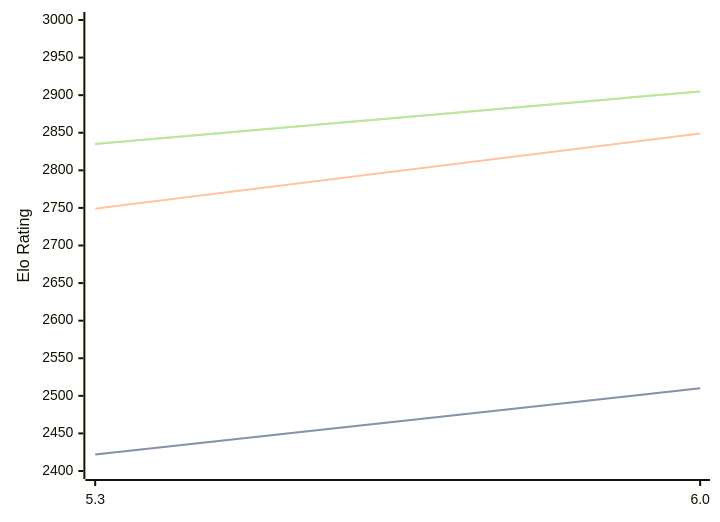
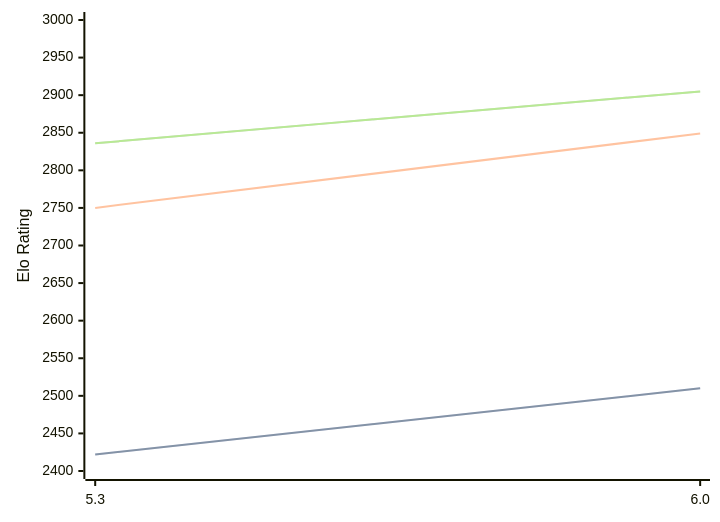
The diagram in engines/tomitankChess.md (computer-chess-index/cci), drawn with Mermaid before and after one commit. The commit also changed other lines of this file, not shown here.

Commit message:
Update CCI Ratings (ELO VLTC) - 2026-04-07

````diff
--- a/engines/tomitankChess.md
+++ b/engines/tomitankChess.md
@@ -40,11 +40,11 @@
 ```mermaid
 %%{init: {"theme":"base","themeVariables":{"seriesColors:['#a3a3a3','#222221','#faa371']}}}%%
 xychart-beta
   x-axis ["5.3", "6.0"]
   y-axis "Elo Rating" 2400 --> 3000
   line "STC (8.0+0.08s)" [2422, 2510]
   line "STC (8.0+0.08s)" [2422, 2510]
-  line "LTC (60.0+0.60s)" [2749, 2849]
-  line "VLTC (2m24s+1.12s)" [2835, 2905]
-  line "VLTC (2m24s+1.12s)" [2835, 2905]
+  line "LTC (60.0+0.60s)" [2750, 2849]
+  line "VLTC (2m24s+1.12s)" [2836, 2905]
+  line "VLTC (2m24s+1.12s)" [2836, 2905]
 ```
````
